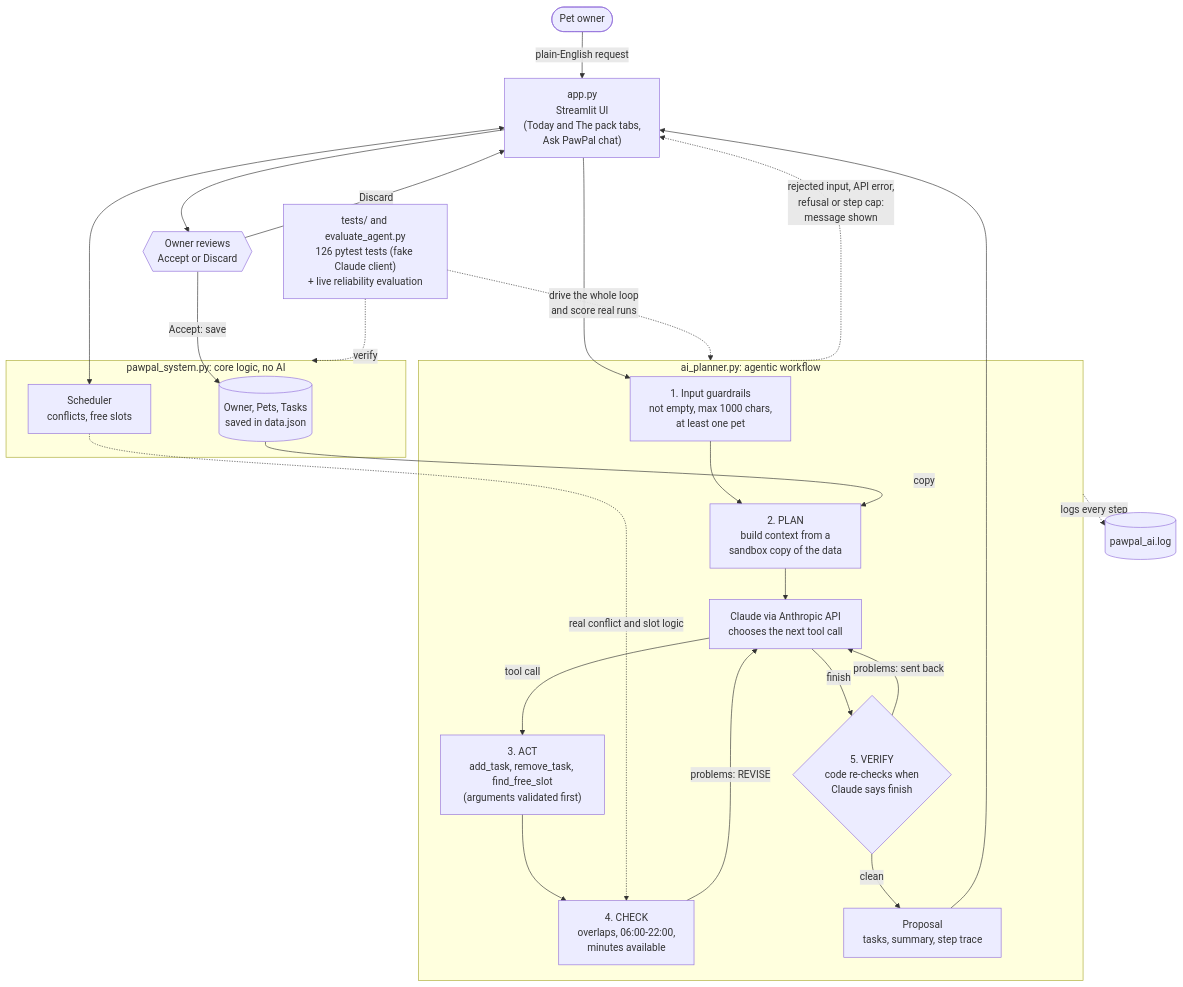
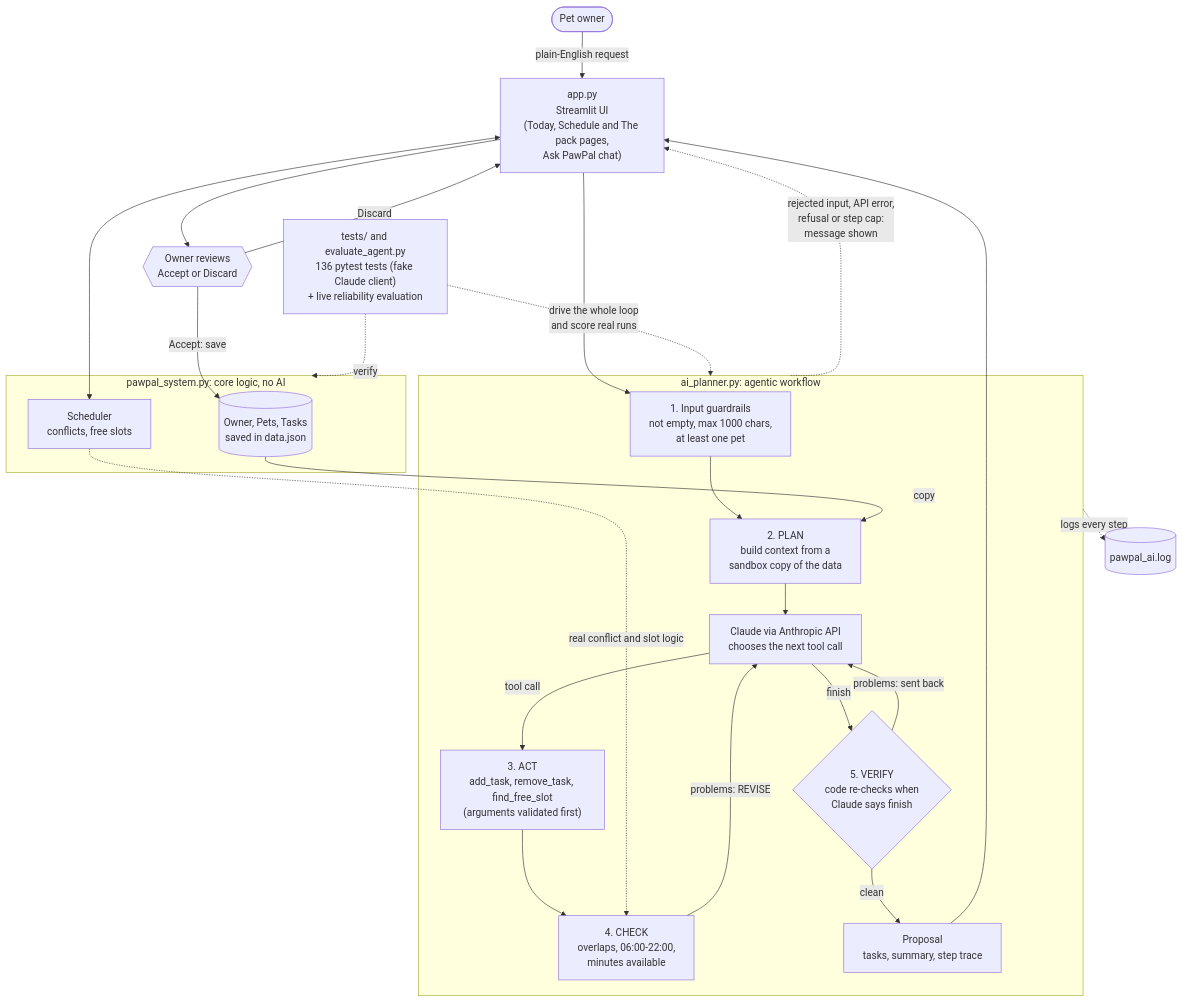
The diagram in diagrams/architecture.mmd (bior-m16/applied-ai-system-project), drawn with Mermaid before and after one commit. The commit also changed 5 other files, not shown here.

```diff
--- a/diagrams/architecture.mmd
+++ b/diagrams/architecture.mmd
@@ -1,53 +1,53 @@
 flowchart TD
     %% PawPal+ architecture with the AI planning agent.
     %% Solid arrows = data flow. Dotted arrows = checking, logging and testing.
     %% The hexagon is the human decision point.
 
     User([Pet owner])
-    App["app.py<br/>Streamlit UI<br/>(Today and The pack tabs,<br/>Ask PawPal chat)"]
+    App["app.py<br/>Streamlit UI<br/>(Today, Schedule and The pack pages,<br/>Ask PawPal chat)"]
 
     subgraph Core["pawpal_system.py: core logic, no AI"]
         Owner[("Owner, Pets, Tasks<br/>saved in data.json")]
         Scheduler["Scheduler<br/>conflicts, free slots"]
     end
 
     subgraph Agent["ai_planner.py: agentic workflow"]
         Input["1. Input guardrails<br/>not empty, max 1000 chars,<br/>at least one pet"]
         Context["2. PLAN<br/>build context from a<br/>sandbox copy of the data"]
         Claude["Claude via Anthropic API<br/>chooses the next tool call"]
         Tools["3. ACT<br/>add_task, remove_task, find_free_slot<br/>(arguments validated first)"]
         Check["4. CHECK<br/>overlaps, 06:00-22:00,<br/>minutes available"]
         Verify{"5. VERIFY<br/>code re-checks when<br/>Claude says finish"}
         Proposal["Proposal<br/>tasks, summary, step trace"]
     end
 
     Human{{"Owner reviews<br/>Accept or Discard"}}
     Log[("pawpal_ai.log")]
-    Tests["tests/ and evaluate_agent.py<br/>126 pytest tests (fake Claude client)<br/>+ live reliability evaluation"]
+    Tests["tests/ and evaluate_agent.py<br/>136 pytest tests (fake Claude client)<br/>+ live reliability evaluation"]
 
     %% Input -> process -> output
     User -->|"plain-English request"| App
     App --> Input
     Input --> Context
     Owner -->|"copy"| Context
     Context --> Claude
     Claude -->|"tool call"| Tools
     Tools --> Check
     Check -->|"problems: REVISE"| Claude
     Claude -->|"finish"| Verify
     Verify -->|"problems: sent back"| Claude
     Verify -->|"clean"| Proposal
     Proposal --> App
     App --> Human
     Human -->|"Accept: save"| Owner
     Human -->|"Discard"| App
 
     %% Normal app use and error paths
     App <--> Scheduler
     Scheduler -.->|"real conflict and slot logic"| Check
     Agent -.->|"rejected input, API error,<br/>refusal or step cap:<br/>message shown"| App
 
     %% Logging and testing
     Agent -.->|"logs every step"| Log
     Tests -.->|"verify"| Core
     Tests -.->|"drive the whole loop<br/>and score real runs"| Agent
```
